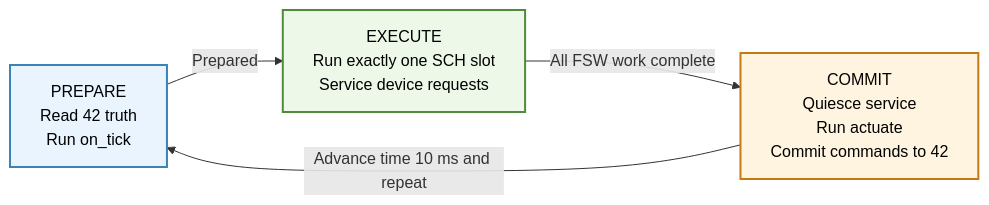
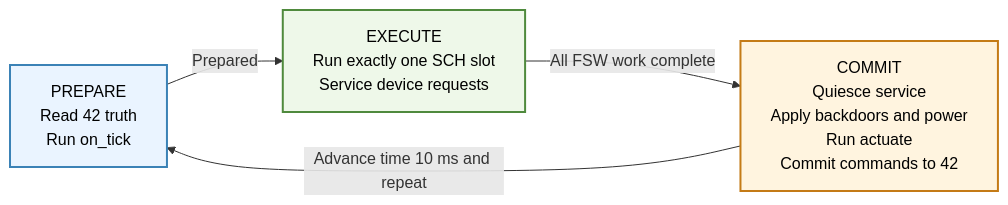
Before and after one commit to VoyagerTechnologies-Public/shire: the first of 2 diagrams in atlas/docs/manual/core-concepts/simulations.md, drawn with Mermaid. The commit also changed other lines of this file and 515 other files, not shown here.

````diff
--- a/atlas/docs/manual/core-concepts/simulations.md
+++ b/atlas/docs/manual/core-concepts/simulations.md
@@ -67,18 +108,18 @@
 ```mermaid
 %%{init: {"themeCSS": ".nodeLabel, .nodeLabel p { color: #000000 !important; }"}}%%
 flowchart LR
     PREPARE["PREPARE<br/>Read 42 truth<br/>Run on_tick"]
     EXECUTE["EXECUTE<br/>Run exactly one SCH slot<br/>Service device requests"]
-    COMMIT["COMMIT<br/>Quiesce service<br/>Run actuate<br/>Commit commands to 42"]
+    COMMIT["COMMIT<br/>Quiesce service<br/>Apply backdoors and power<br/>Run actuate<br/>Commit commands to 42"]
 
     PREPARE -->|Prepared| EXECUTE
     EXECUTE -->|All FSW work complete| COMMIT
     COMMIT -->|Advance time 10 ms and repeat| PREPARE
 
     classDef prepare fill:#eaf4ff,stroke:#3b82b6,color:#000000,stroke-width:2px
     classDef execute fill:#eef8e9,stroke:#4f8a3d,color:#000000,stroke-width:2px
     classDef commit fill:#fff4df,stroke:#c47b16,color:#000000,stroke-width:2px
     class PREPARE prepare
     class EXECUTE execute
     class COMMIT commit
 ```
````
